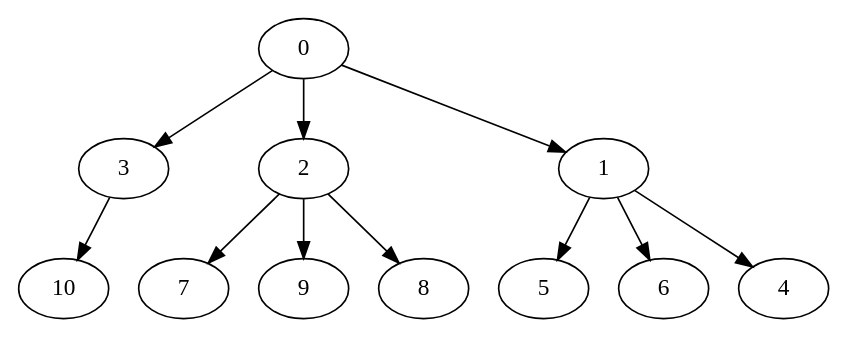
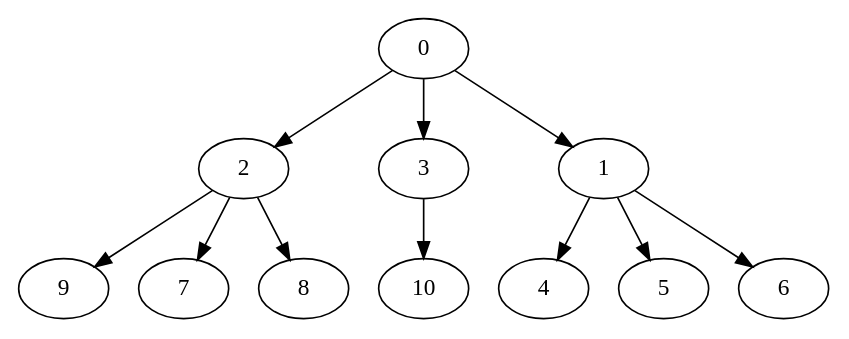
The diagram in src/main/resources/sample_inputs/Nodes_11_OutTree-output.dot (ChenTheHolyKnight/SOFTENG306p1), drawn with Graphviz before and after one commit. The commit also changed 2 other files, not shown here.

```diff
--- a/src/main/resources/sample_inputs/Nodes_11_OutTree-output.dot
+++ b/src/main/resources/sample_inputs/Nodes_11_OutTree-output.dot
@@ -1,23 +1,23 @@
 digraph "OutTree-Balanced-MaxBf-3_Nodes_11_CCR_0.1_WeightType_Random" {
-	3	[Weight=100,Start=230,Processor=1];
-	10	[Weight=20,Start=330,Processor=1];
-	2	[Weight=90,Start=50,Processor=1];
+	0	[Weight=50,Start=0,Processor=1];
+	2	[Weight=90,Start=150,Processor=1];
+	3	[Weight=100,Start=50,Processor=1];
+	9	[Weight=20,Start=330,Processor=1];
+	1	[Weight=70,Start=59,Processor=2];
 	7	[Weight=80,Start=269,Processor=2];
-	1	[Weight=70,Start=59,Processor=2];
-	5	[Weight=20,Start=210,Processor=1];
-	6	[Weight=100,Start=169,Processor=2];
-	9	[Weight=20,Start=190,Processor=1];
-	0	[Weight=50,Start=0,Processor=1];
-	4	[Weight=40,Start=129,Processor=2];
-	8	[Weight=50,Start=140,Processor=1];
+	8	[Weight=50,Start=280,Processor=1];
+	4	[Weight=40,Start=240,Processor=1];
+	5	[Weight=20,Start=229,Processor=2];
+	6	[Weight=100,Start=129,Processor=2];
+	10	[Weight=20,Start=249,Processor=2];
+	0 -> 2	[Weight=7];
+	0 -> 3	[Weight=4];
+	0 -> 1	[Weight=9];
+	2 -> 9	[Weight=10];
+	2 -> 7	[Weight=5];
+	2 -> 8	[Weight=3];
 	3 -> 10	[Weight=4];
-	2 -> 7	[Weight=5];
-	2 -> 9	[Weight=10];
-	2 -> 8	[Weight=3];
+	1 -> 4	[Weight=10];
 	1 -> 5	[Weight=7];
 	1 -> 6	[Weight=5];
-	1 -> 4	[Weight=10];
-	0 -> 3	[Weight=4];
-	0 -> 2	[Weight=7];
-	0 -> 1	[Weight=9];
 }
```
